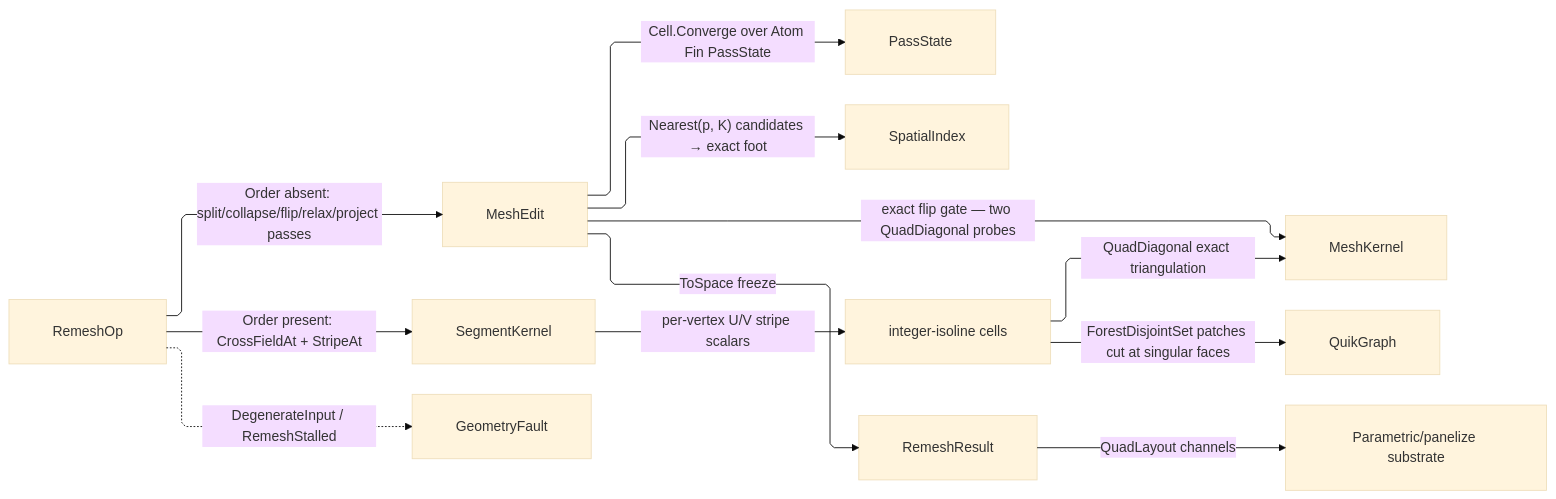
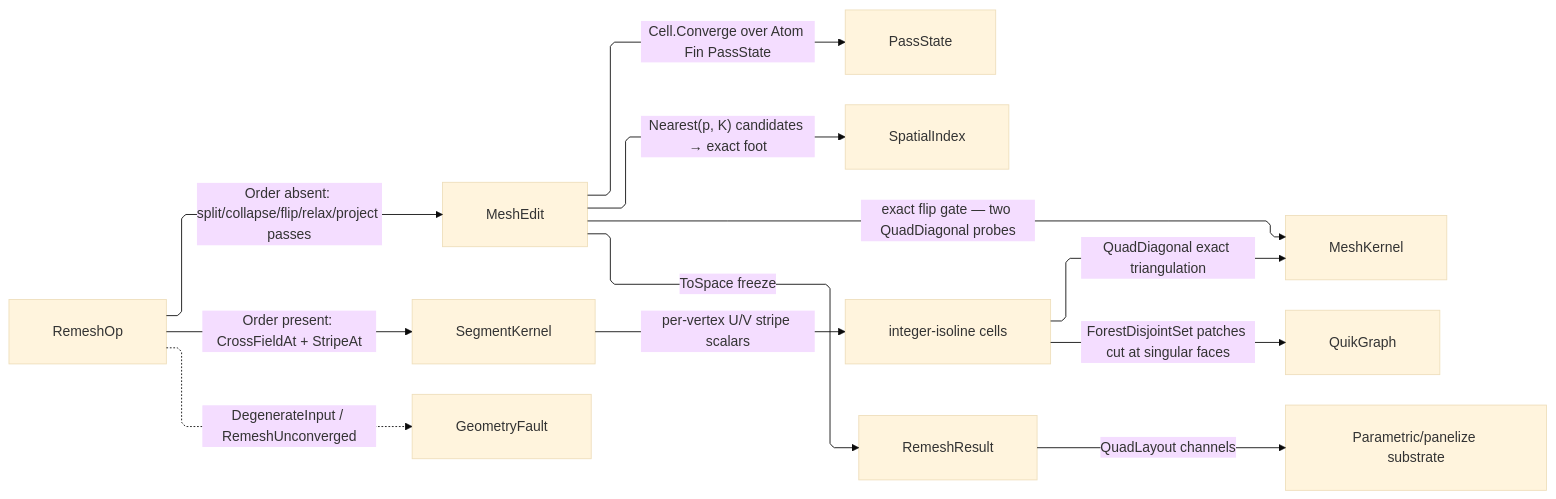
Before and after one commit to bsamiee/Rasm: the diagram in libs/dotnet/Rasm/.planning/Processing/remesh.md, drawn with Mermaid (base theme). The commit also changed other lines of this file and 83 other files, not shown here.

````diff
--- a/libs/dotnet/Rasm/.planning/Processing/remesh.md
+++ b/libs/dotnet/Rasm/.planning/Processing/remesh.md
@@ -503,23 +503,23 @@
 ```mermaid
 ---
 config:
   layout: elk
   flowchart:
     curve: linear
     padding: 25
 ---
 flowchart LR
     accTitle: Remesh dispatch
     accDescr: Isotropic and quad-field rewrites folding the budget-bounded arena passes onto one typed result with the stall fault.
     RemeshOp -->|Order absent: split/collapse/flip/relax/project passes| MeshEdit
     MeshEdit -->|Cell.Converge over Atom Fin PassState| PassState
     MeshEdit -->|exact flip gate — two QuadDiagonal probes| MeshKernel
     MeshEdit -->|"Nearest(p, K) candidates → exact foot"| SpatialIndex
     RemeshOp -->|Order present: CrossFieldAt + StripeAt| SegmentKernel
     SegmentKernel -->|per-vertex U/V stripe scalars| Extraction["integer-isoline cells"]
     Extraction -->|ForestDisjointSet patches cut at singular faces| QuikGraph
     Extraction -->|QuadDiagonal exact triangulation| MeshKernel
     MeshEdit -->|ToSpace freeze| RemeshResult
     RemeshResult -->|QuadLayout channels| Panelize["Parametric/panelize substrate"]
-    RemeshOp -.->|DegenerateInput / RemeshStalled| GeometryFault
+    RemeshOp -.->|DegenerateInput / RemeshUnconverged| GeometryFault
 ```
````
